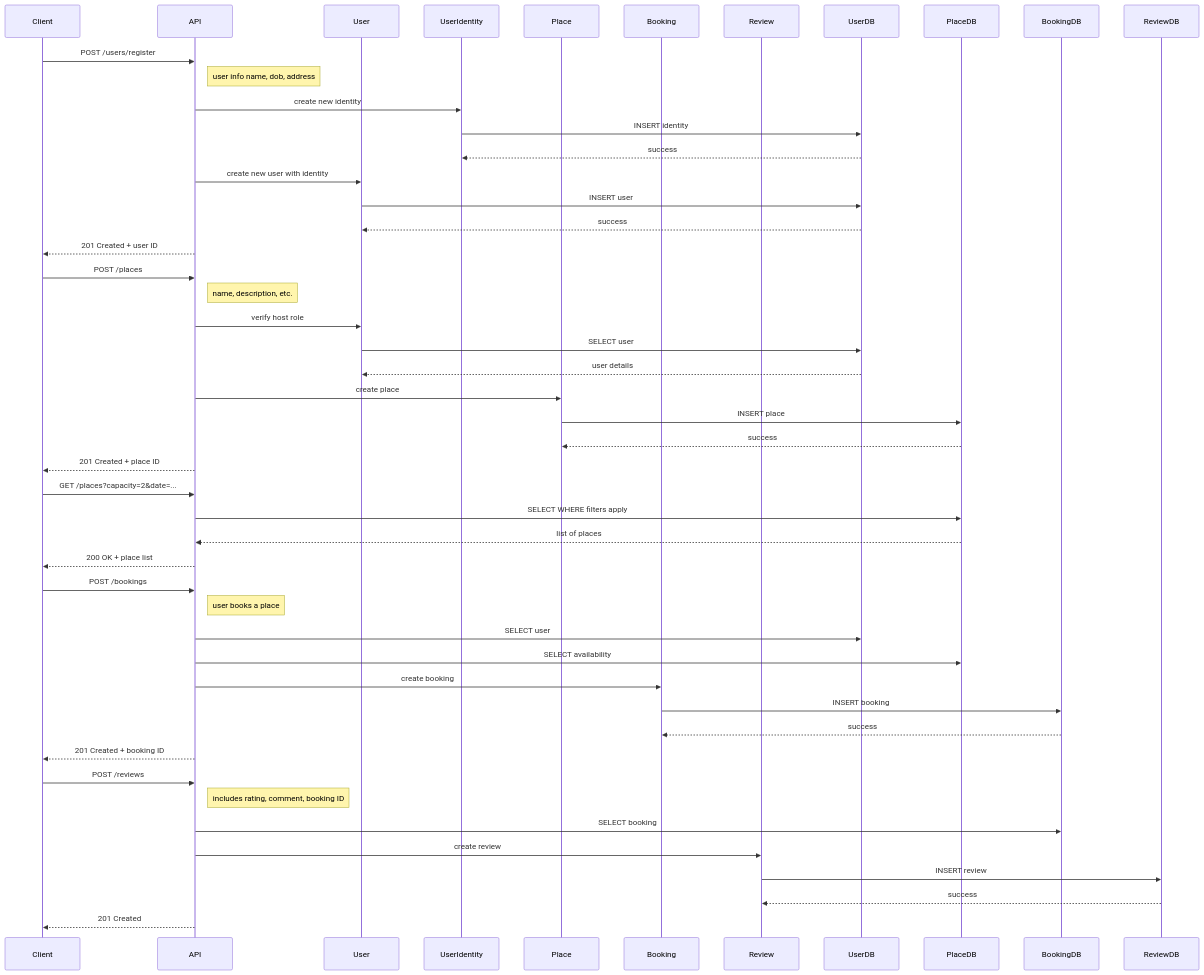
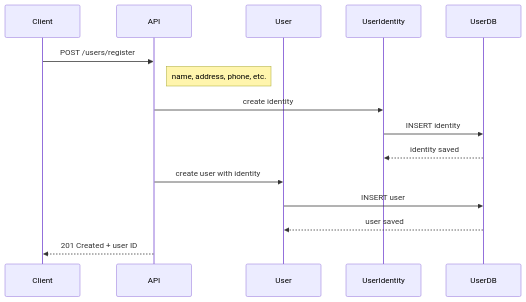
One commit to Theo-D/holbertonschool-hbnb changed the second of 5 diagrams in part1/README.md. Above: the diagram before and after it, drawn with Mermaid. The commit also changed other lines of this file, not shown here.

Commit message:
Updated README.md to include mermaid js sequence diagram code snippets

````diff
--- a/part1/README.md
+++ b/part1/README.md
@@ -246,61 +246,18 @@
 ```mermaid
 sequenceDiagram
-    participant Client
-    participant API
-    participant User
-    participant UserIdentity
-    participant Place
-    participant Booking
-    participant Review
-    participant UserDB
-    participant PlaceDB
-    participant BookingDB
-    participant ReviewDB
+  participant Client as Client
+  participant API as API
+  participant User as User
+  participant UserIdentity as UserIdentity
+  participant UserDB as UserDB
 
-    %% --- User Registration ---
-    Client->>API: POST /users/register
-    Note right of API: user info name, dob, address
-    API->>UserIdentity: create new identity
-    UserIdentity->>UserDB: INSERT identity
-    UserDB-->>UserIdentity: success
-    API->>User: create new user with identity
-    User->>UserDB: INSERT user
-    UserDB-->>User: success
-    API-->>Client: 201 Created + user ID
-
-    %% --- Place Creation ---
-    Client->>API: POST /places
-    Note right of API: name, description, etc.
-    API->>User: verify host role
-    User->>UserDB: SELECT user
-    UserDB-->>User: user details
-    API->>Place: create place
-    Place->>PlaceDB: INSERT place
-    PlaceDB-->>Place: success
-    API-->>Client: 201 Created + place ID
-
-    %% --- Fetching Places ---
-    Client->>API: GET /places?capacity=2&date=...
-    API->>PlaceDB: SELECT WHERE filters apply
-    PlaceDB-->>API: list of places
-    API-->>Client: 200 OK + place list
-
-    %% --- Booking ---
-    Client->>API: POST /bookings
-    Note right of API: user books a place
-    API->>UserDB: SELECT user
-    API->>PlaceDB: SELECT availability
-    API->>Booking: create booking
-    Booking->>BookingDB: INSERT booking
-    BookingDB-->>Booking: success
-    API-->>Client: 201 Created + booking ID
-
-    %% --- Review Submission ---
-    Client->>API: POST /reviews
-    Note right of API: includes rating, comment, booking ID
-    API->>BookingDB: SELECT booking
-    API->>Review: create review
-    Review->>ReviewDB: INSERT review
-    ReviewDB-->>Review: success
-    API-->>Client: 201 Created
+  Client ->> API: POST /users/register
+  Note right of API: name, address, phone, etc.
+  API ->> UserIdentity: create identity
+  UserIdentity ->> UserDB: INSERT identity
+  UserDB -->> UserIdentity: identity saved
+  API ->> User: create user with identity
+  User ->> UserDB: INSERT user
+  UserDB -->> User: user saved
+  API -->> Client: 201 Created + user ID
 ```
````
